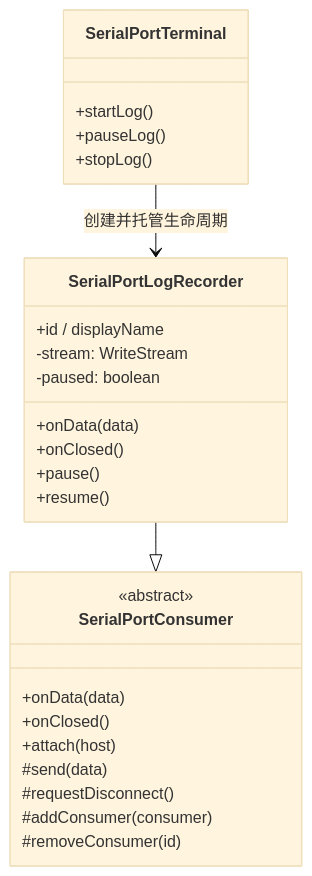
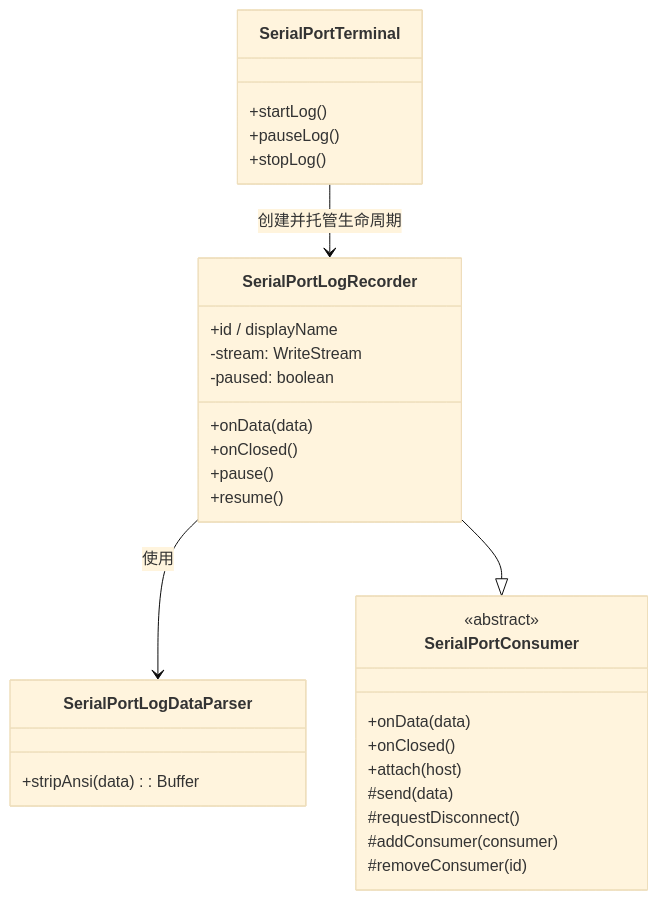
Before and after one commit to ziqiang-zhu/vscode-serial-port-terminal: the diagram in doc/SerialPortLogRecorder设计.md, drawn with Mermaid (base theme). The commit also changed other lines of this file and 7 other files, not shown here.

First line of the commit message:
feat: strip ANSI escape sequences from saved logs

````diff
--- a/doc/SerialPortLogRecorder设计.md
+++ b/doc/SerialPortLogRecorder设计.md
@@ -144,29 +144,33 @@
 ```mermaid
 classDiagram
     class SerialPortConsumer {
         <<abstract>>
         +onData(data)
         +onClosed()
         +attach(host)
         #send(data)
         #requestDisconnect()
         #addConsumer(consumer)
         #removeConsumer(id)
     }
     class SerialPortLogRecorder {
         +id / displayName
         +onData(data)
         +onClosed()
         +pause()
         +resume()
         -stream: WriteStream
         -paused: boolean
     }
+    class SerialPortLogDataParser {
+        +stripAnsi(data): Buffer
+    }
     class SerialPortTerminal {
         +startLog()
         +pauseLog()
         +stopLog()
     }
+    SerialPortLogRecorder --> SerialPortLogDataParser : 使用
     SerialPortLogRecorder --|> SerialPortConsumer
     SerialPortTerminal --> SerialPortLogRecorder : 创建并托管生命周期
 ```
````
